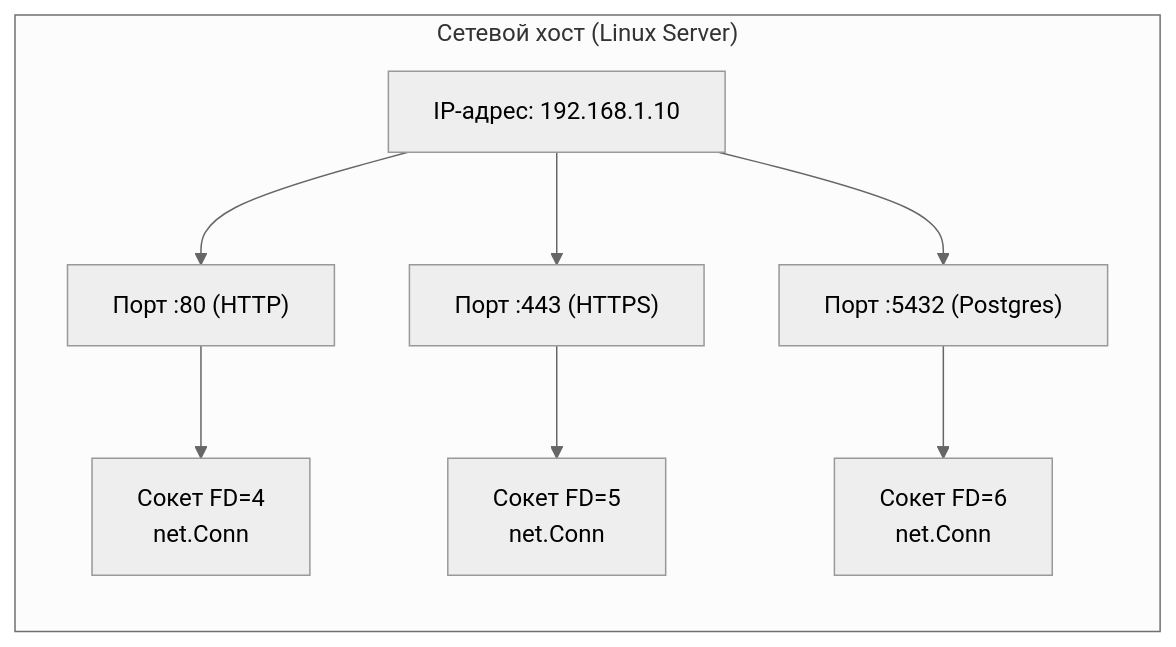
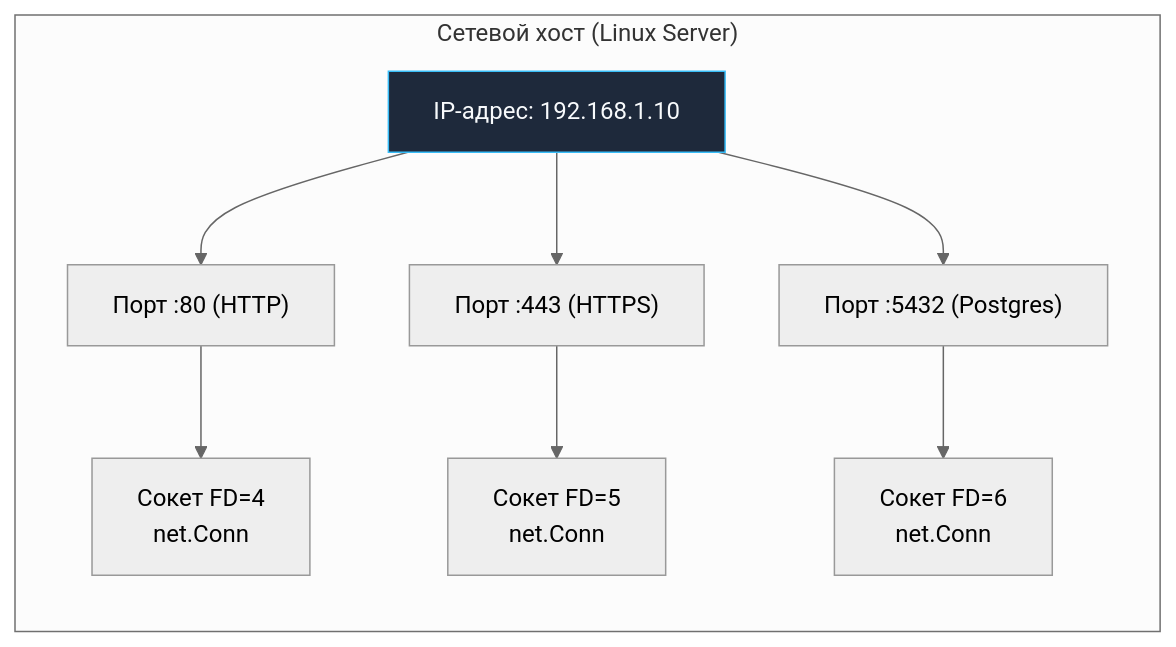
Before and after one commit to UnrealTemplier/go-textbook: the first of 4 diagrams in sources/3. Компьютерные сети и сетевой стек/15. Порты, сокеты и Socket API.md, drawn with Mermaid (neutral theme). The commit also changed other lines of this file and 1666 other files, not shown here.

First line of the commit message:
feat(mermaid): add semantic color classDef to 1369 colorless flowchart/graph diagrams

````diff
--- a/sources/3. Компьютерные сети и сетевой стек/15. Порты, сокеты и Socket API.md
+++ b/sources/3. Компьютерные сети и сетевой стек/15. Порты, сокеты и Socket API.md
@@ -37,17 +37,27 @@
 ```mermaid
 flowchart LR
+    classDef process  fill:#1e293b,stroke:#38bdf8,stroke-width:1px,color:#f8fafc
+    classDef success  fill:#064e3b,stroke:#34d399,stroke-width:1px,color:#f8fafc
+    classDef error    fill:#7f1d1d,stroke:#f87171,stroke-width:1px,color:#f8fafc
+    classDef warning  fill:#78350f,stroke:#fbbf24,stroke-width:1px,color:#f8fafc
+    classDef entry    fill:#1e3a5f,stroke:#38bdf8,stroke-width:2px,color:#f8fafc
+    classDef aux      fill:#334155,stroke:#64748b,stroke-width:1px,color:#f8fafc
+    classDef system   fill:#312e81,stroke:#a78bfa,stroke-width:1px,color:#f8fafc
+    classDef data     fill:#132d29,stroke:#2dd4bf,stroke-width:1px,color:#f8fafc
+    classDef network  fill:#881337,stroke:#fb7185,stroke-width:1px,color:#f8fafc
+    classDef accent   fill:#1e1b4b,stroke:#818cf8,stroke-width:1px,color:#f8fafc
     subgraph NODE["Сетевой хост (Linux Server)"]
-        IP["IP-адрес: 192.168.1.10"]
+        IP["IP-адрес: 192.168.1.10"]:::process
         P80["Порт :80 (HTTP)"]
         P443["Порт :443 (HTTPS)"]
         P5432["Порт :5432 (Postgres)"]
         
         IP --> P80
         IP --> P443
         IP --> P5432
         
         P80 --> S1["Сокет FD=4<br>net.Conn"]
         P443 --> S2["Сокет FD=5<br>net.Conn"]
         P5432 --> S3["Сокет FD=6<br>net.Conn"]
     end
 ```
````
